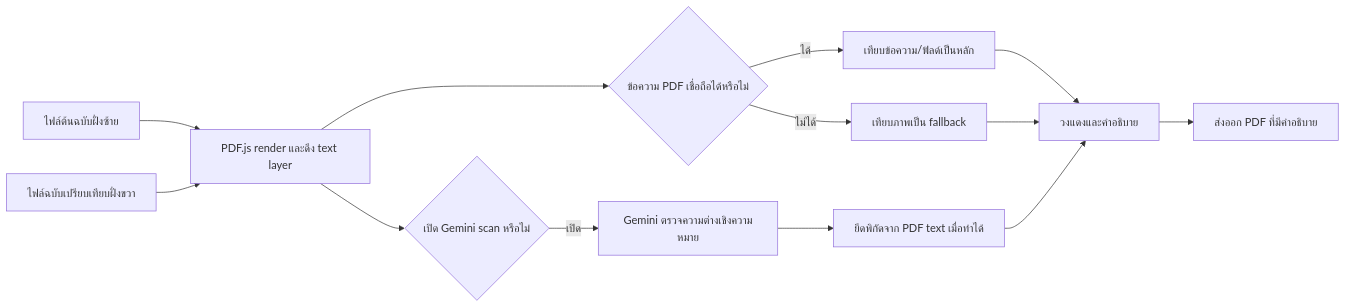
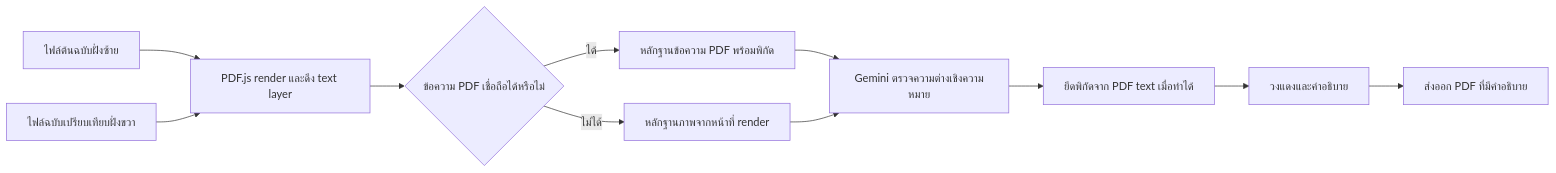
The diagram in README.th.md (Conthium/le-pdfscan), drawn with Mermaid before and after one commit. The commit also changed other lines of this file and 9 other files, not shown here.

````diff
--- a/README.th.md
+++ b/README.th.md
@@ -31,15 +32,13 @@
 ```mermaid
 flowchart LR
   A["ไฟล์ต้นฉบับฝั่งซ้าย"] --> C["PDF.js render และดึง text layer"]
   B["ไฟล์ฉบับเปรียบเทียบฝั่งขวา"] --> C
   C --> D{"ข้อความ PDF เชื่อถือได้หรือไม่"}
-  D -->|"ได้"| E["เทียบข้อความ/ฟิลด์เป็นหลัก"]
-  D -->|"ไม่ได้"| F["เทียบภาพเป็น fallback"]
-  E --> G["วงแดงและคำอธิบาย"]
+  D -->|"ได้"| E["หลักฐานข้อความ PDF พร้อมพิกัด"]
+  D -->|"ไม่ได้"| F["หลักฐานภาพจากหน้าที่ render"]
+  E --> G["Gemini ตรวจความต่างเชิงความหมาย"]
   F --> G
-  C --> H{"เปิด Gemini scan หรือไม่"}
-  H -->|"เปิด"| I["Gemini ตรวจความต่างเชิงความหมาย"]
-  I --> J["ยึดพิกัดจาก PDF text เมื่อทำได้"]
-  J --> G
-  G --> K["ส่งออก PDF ที่มีคำอธิบาย"]
+  G --> H["ยึดพิกัดจาก PDF text เมื่อทำได้"]
+  H --> I["วงแดงและคำอธิบาย"]
+  I --> J["ส่งออก PDF ที่มีคำอธิบาย"]
 ```
````
